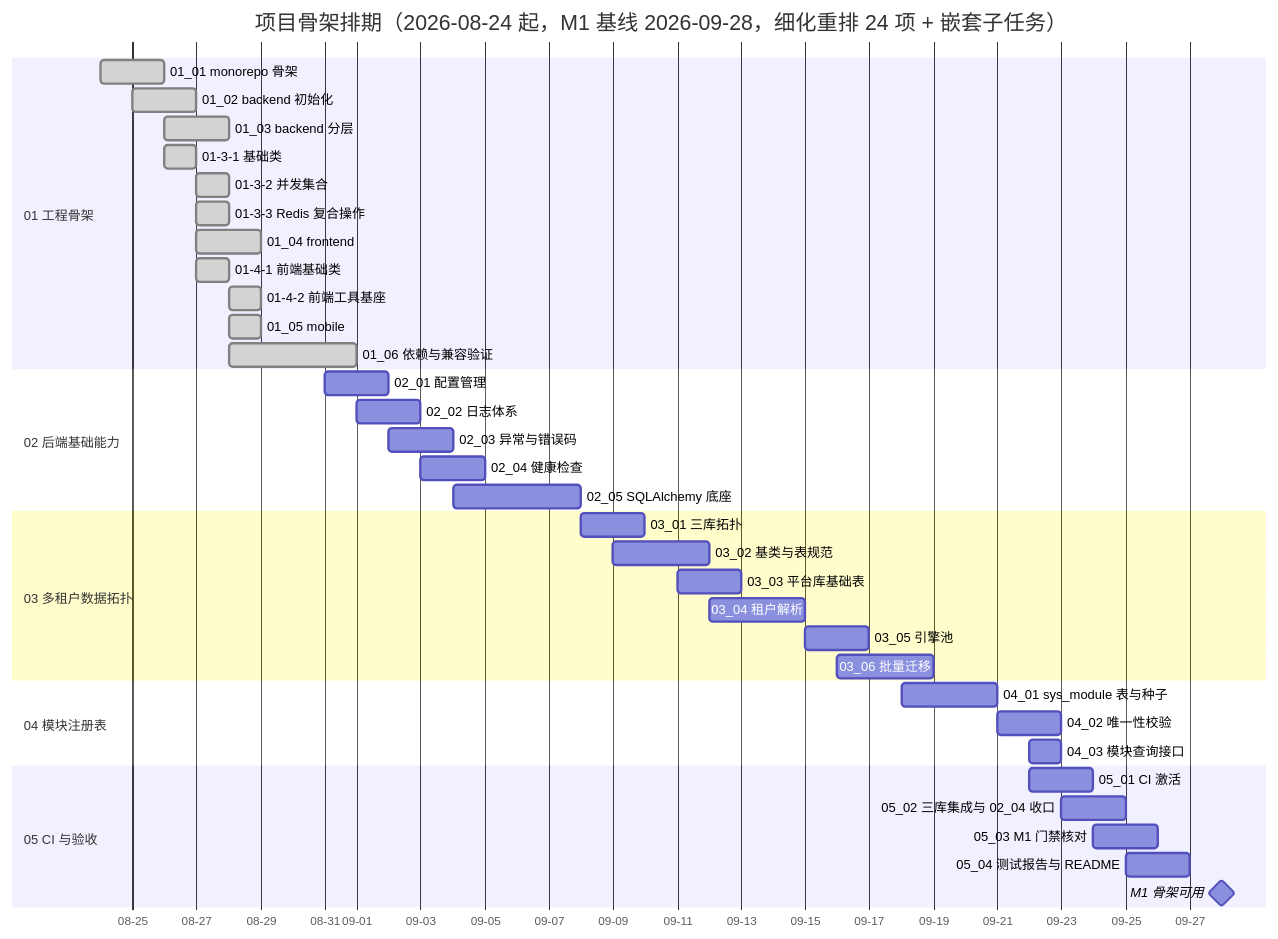
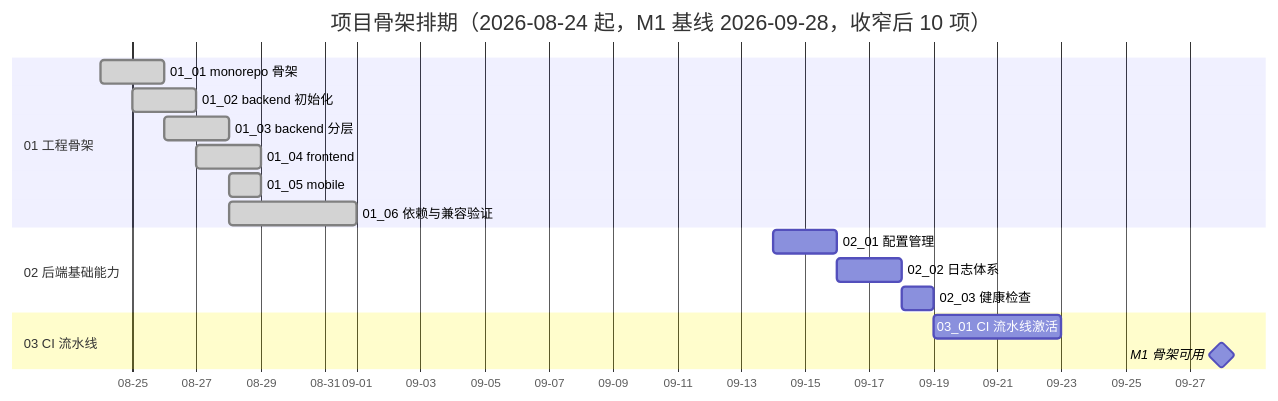
Before and after one commit to minjian123/basic-management-system: the diagram in bms文档/项目/01_项目骨架/计划/01_计划_项目骨架.md, drawn with Mermaid. The commit also changed other lines of this file and 199 other files, not shown here.

````diff
--- a/bms文档/项目/01_项目骨架/计划/01_计划_项目骨架.md
+++ b/bms文档/项目/01_项目骨架/计划/01_计划_项目骨架.md
@@ -59,41 +42,20 @@
 ```mermaid
 gantt
-    title 项目骨架排期（2026-08-24 起，M1 基线 2026-09-28，细化重排 24 项 + 嵌套子任务）
-    dateFormat YYYY-MM-DD
+    title 项目骨架排期（2026-08-24 起，M1 基线 2026-09-28，收窄后 10 项）
+    dateFormat  YYYY-MM-DD
     axisFormat %m-%d
     section 01 工程骨架
     01_01 monorepo 骨架 :done, a11, 2026-08-24, 2d
     01_02 backend 初始化 :done, a12, 2026-08-25, 2d
     01_03 backend 分层 :done, a13, 2026-08-26, 2d
-    01-3-1 基础类 :done, a131, 2026-08-26, 1d
-    01-3-2 并发集合 :done, a132, 2026-08-27, 1d
-    01-3-3 Redis 复合操作 :done, a133, 2026-08-27, 1d
     01_04 frontend :done, a14, 2026-08-27, 2d
-    01-4-1 前端基础类 :done, a141, 2026-08-27, 1d
-    01-4-2 前端工具基座 :done, a142, 2026-08-28, 1d
     01_05 mobile :done, a15, 2026-08-28, 1d
     01_06 依赖与兼容验证 :done, a16, 2026-08-28, 4d
     section 02 后端基础能力
-    02_01 配置管理 :a21, 2026-08-31, 2d
-    02_02 日志体系 :a22, 2026-09-01, 2d
-    02_03 异常与错误码 :a23, 2026-09-02, 2d
-    02_04 健康检查 :a24, 2026-09-03, 2d
-    02_05 SQLAlchemy 底座 :a25, 2026-09-04, 4d
-    section 03 多租户数据拓扑
-    03_01 三库拓扑 :a31, 2026-09-08, 2d
-    03_02 基类与表规范 :a32, 2026-09-09, 3d
-    03_03 平台库基础表 :a33, 2026-09-11, 2d
-    03_04 租户解析 :a34, 2026-09-12, 3d
-    03_05 引擎池 :a35, 2026-09-15, 2d
-    03_06 批量迁移 :a36, 2026-09-16, 3d
-    section 04 模块注册表
-    04_01 sys_module 表与种子 :a41, 2026-09-18, 3d
-    04_02 唯一性校验 :a42, 2026-09-21, 2d
-    04_03 模块查询接口 :a43, 2026-09-22, 1d
-    section 05 CI 与验收
-    05_01 CI 激活 :a51, 2026-09-22, 2d
-    05_02 三库集成与 02_04 收口 :a52, 2026-09-23, 2d
-    05_03 M1 门禁核对 :a53, 2026-09-24, 2d
-    05_04 测试报告与 README :a54, 2026-09-25, 2d
+    02_01 配置管理 :a21, 2026-09-14, 2d
+    02_02 日志体系 :a22, 2026-09-16, 2d
+    02_03 健康检查 :a23, 2026-09-18, 1d
+    section 03 CI 流水线
+    03_01 CI 流水线激活 :a31, 2026-09-19, 4d
     M1 骨架可用 :milestone, m1, 2026-09-28, 0d
 ```
````
